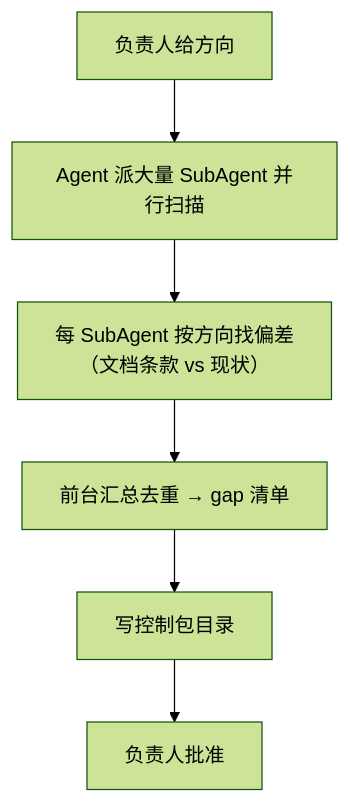
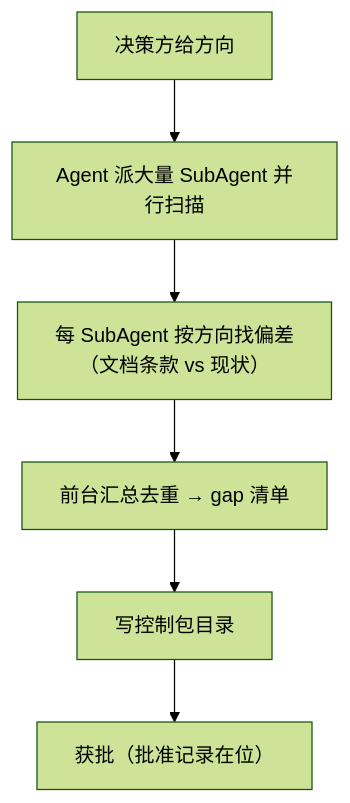
The second of 4 diagrams in CONTROL_PACK_SPEC.md (fujiaze/Astro-CS-Database), drawn with Mermaid (forest theme) before and after one commit. The commit also changed other lines of this file and 14 other files, not shown here.

````diff
--- a/CONTROL_PACK_SPEC.md
+++ b/CONTROL_PACK_SPEC.md
@@ -54,8 +56,8 @@
 ```mermaid
 flowchart TD
-    A["负责人给方向"] --> B["Agent 派大量 SubAgent 并行扫描"]
+    A["决策方给方向"] --> B["Agent 派大量 SubAgent 并行扫描"]
     B --> C["每 SubAgent 按方向找偏差<br/>（文档条款 vs 现状）"]
     C --> D["前台汇总去重 → gap 清单"]
     D --> E["写控制包目录"]
-    E --> F["负责人批准"]
+    E --> F["获批（批准记录在位）"]
 ```
````
